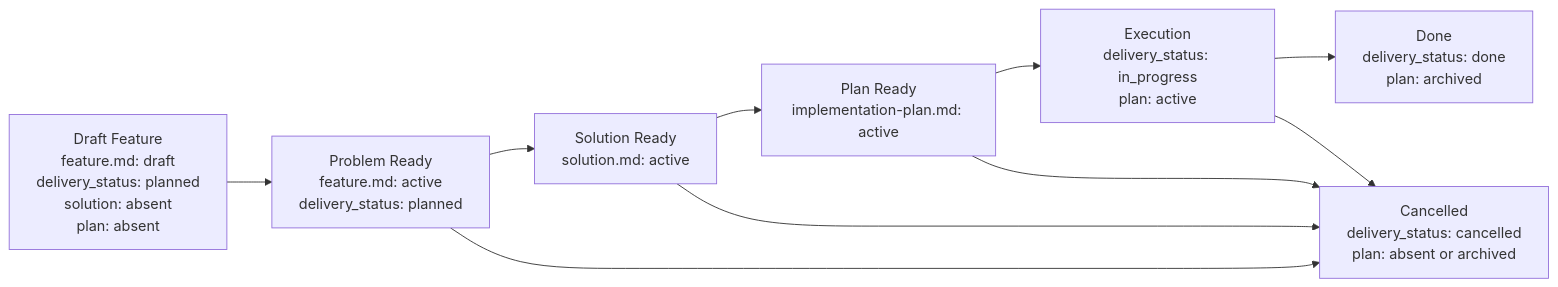
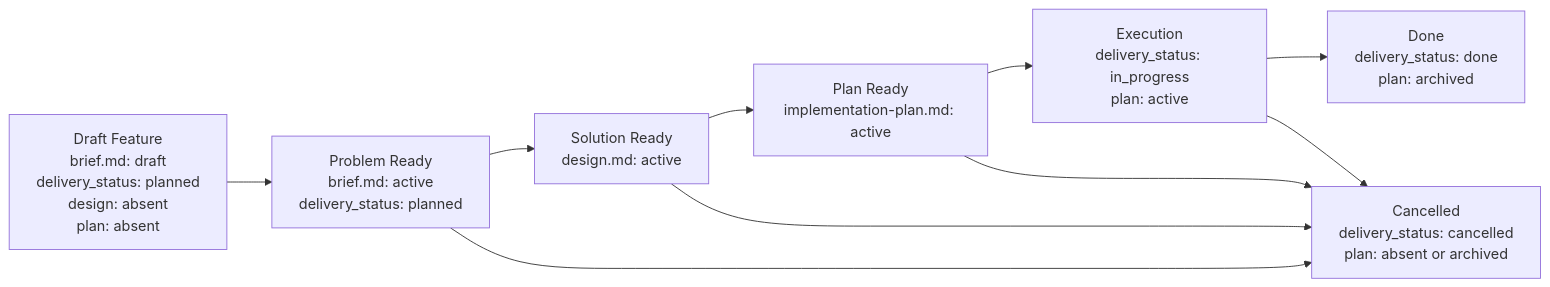
The diagram in memory-bank/flows/feature-flow.md (dapi/memory-bank), drawn with Mermaid before and after one commit. The commit also changed other lines of this file and 17 other files, not shown here.

Commit message:
docs: separate feature problem solution execution

````diff
--- a/memory-bank/flows/feature-flow.md
+++ b/memory-bank/flows/feature-flow.md
@@ -97,12 +97,12 @@
 ```mermaid
 flowchart LR
-    DF["Draft Feature<br/>feature.md: draft<br/>delivery_status: planned<br/>solution: absent<br/>plan: absent"] --> PR["Problem Ready<br/>feature.md: active<br/>delivery_status: planned"]
-    PR --> SR["Solution Ready<br/>solution.md: active"]
+    DF["Draft Feature<br/>brief.md: draft<br/>delivery_status: planned<br/>design: absent<br/>plan: absent"] --> PR["Problem Ready<br/>brief.md: active<br/>delivery_status: planned"]
+    PR --> SR["Solution Ready<br/>design.md: active"]
     SR --> PL["Plan Ready<br/>implementation-plan.md: active"]
     PL --> EX["Execution<br/>delivery_status: in_progress<br/>plan: active"]
     PR --> CL["Cancelled<br/>delivery_status: cancelled<br/>plan: absent or archived"]
     SR --> CL
     PL --> CL
     EX --> DN["Done<br/>delivery_status: done<br/>plan: archived"]
     EX --> CL
 ```
````
